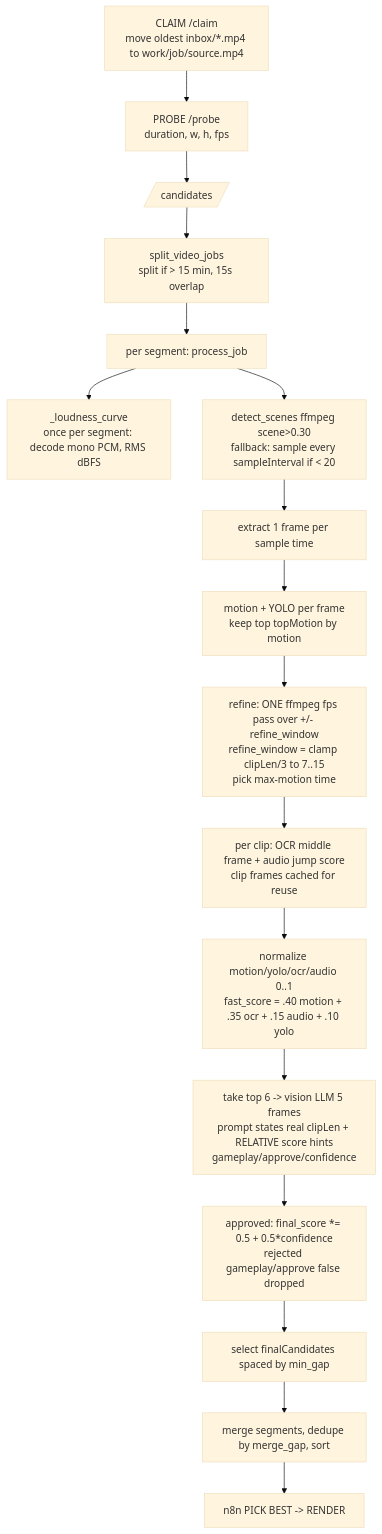
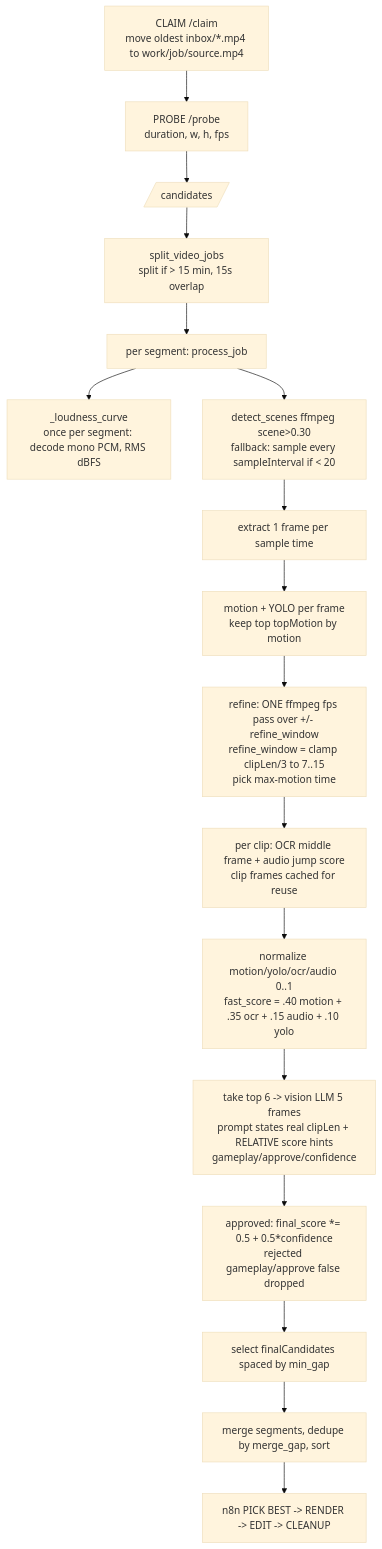
The diagram in flow/pipeline-flow-and-improvements.md (hichauhan-in/smart-select-edit-clips), drawn with Mermaid (base theme) before and after one commit. The commit also changed other lines of this file and 2 other files, not shown here.

````diff
--- a/flow/pipeline-flow-and-improvements.md
+++ b/flow/pipeline-flow-and-improvements.md
@@ -11,19 +11,19 @@
 ```mermaid
 flowchart TD
     A[CLAIM /claim<br/>move oldest inbox/*.mp4 to work/job/source.mp4] --> B[PROBE /probe<br/>duration, w, h, fps]
     B --> C[/candidates/]
     C --> D[split_video_jobs<br/>split if > 15 min, 15s overlap]
     D --> E[per segment: process_job]
     E --> AU[_loudness_curve<br/>once per segment: decode mono PCM, RMS dBFS]
     E --> F[detect_scenes ffmpeg scene>0.30<br/>fallback: sample every sampleInterval if < 20]
     F --> G[extract 1 frame per sample time]
     G --> H[motion + YOLO per frame<br/>keep top topMotion by motion]
     H --> I[refine: ONE ffmpeg fps pass over +/- refine_window<br/>refine_window = clamp clipLen/3 to 7..15<br/>pick max-motion time]
     I --> J[per clip: OCR middle frame + audio jump score<br/>clip frames cached for reuse]
     J --> K[normalize motion/yolo/ocr/audio 0..1<br/>fast_score = .40 motion + .35 ocr + .15 audio + .10 yolo]
     K --> L[take top 6 -> vision LLM 5 frames<br/>prompt states real clipLen + RELATIVE score hints<br/>gameplay/approve/confidence]
     L --> M[approved: final_score *= 0.5 + 0.5*confidence<br/>rejected gameplay/approve false dropped]
     M --> N[select finalCandidates spaced by min_gap]
     N --> O[merge segments, dedupe by merge_gap, sort]
-    O --> P[n8n PICK BEST -> RENDER]
+    O --> P[n8n PICK BEST -> RENDER -> EDIT -> CLEANUP]
 ```
````
